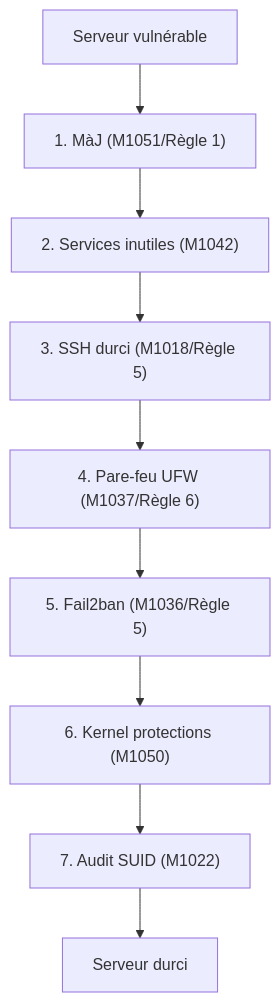
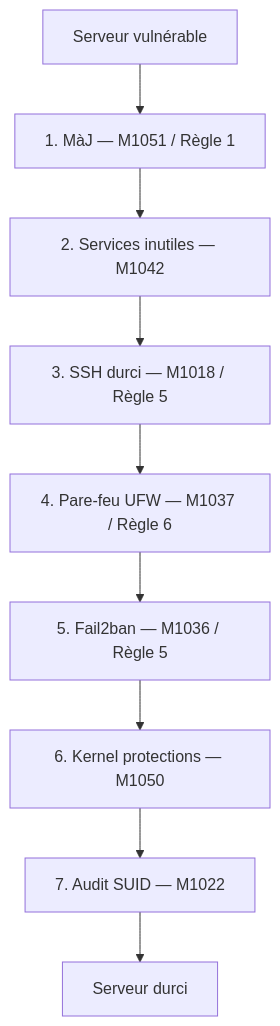
Before and after one commit to yugmerabtene/techniques-de-hacking-niveau-1: the second of 2 diagrams in JOUR-04-contre-mesures-securisation-systemes.md, drawn with Mermaid. The commit also changed other lines of this file and 9 other files, not shown here.

First line of the commit message:
feat: Fig 1-16 + legendes, fix Mermaid parentheses/chevrons, 35 tests OK, fix .gitignore

````diff
--- a/JOUR-04-contre-mesures-securisation-systemes.md
+++ b/JOUR-04-contre-mesures-securisation-systemes.md
@@ -74,11 +76,11 @@
 ```mermaid
 flowchart TB
-    A["Serveur vulnérable"] --> B["1. MàJ (M1051/Règle 1)"]
-    B --> C["2. Services inutiles (M1042)"]
-    C --> D["3. SSH durci (M1018/Règle 5)"]
-    D --> E["4. Pare-feu UFW (M1037/Règle 6)"]
-    E --> F["5. Fail2ban (M1036/Règle 5)"]
-    F --> G["6. Kernel protections (M1050)"]
-    G --> H["7. Audit SUID (M1022)"]
+    A["Serveur vulnérable"] --> B["1. MàJ — M1051 / Règle 1"]
+    B --> C["2. Services inutiles — M1042"]
+    C --> D["3. SSH durci — M1018 / Règle 5"]
+    D --> E["4. Pare-feu UFW — M1037 / Règle 6"]
+    E --> F["5. Fail2ban — M1036 / Règle 5"]
+    F --> G["6. Kernel protections — M1050"]
+    G --> H["7. Audit SUID — M1022"]
     H --> I["Serveur durci "]
 ```
````
